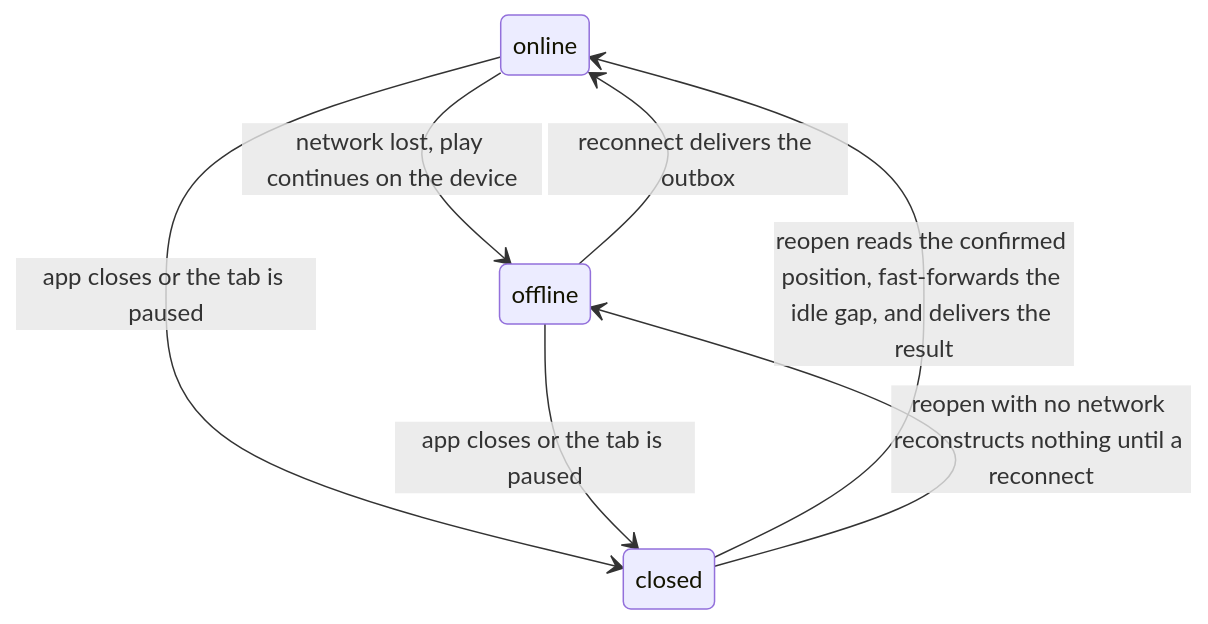
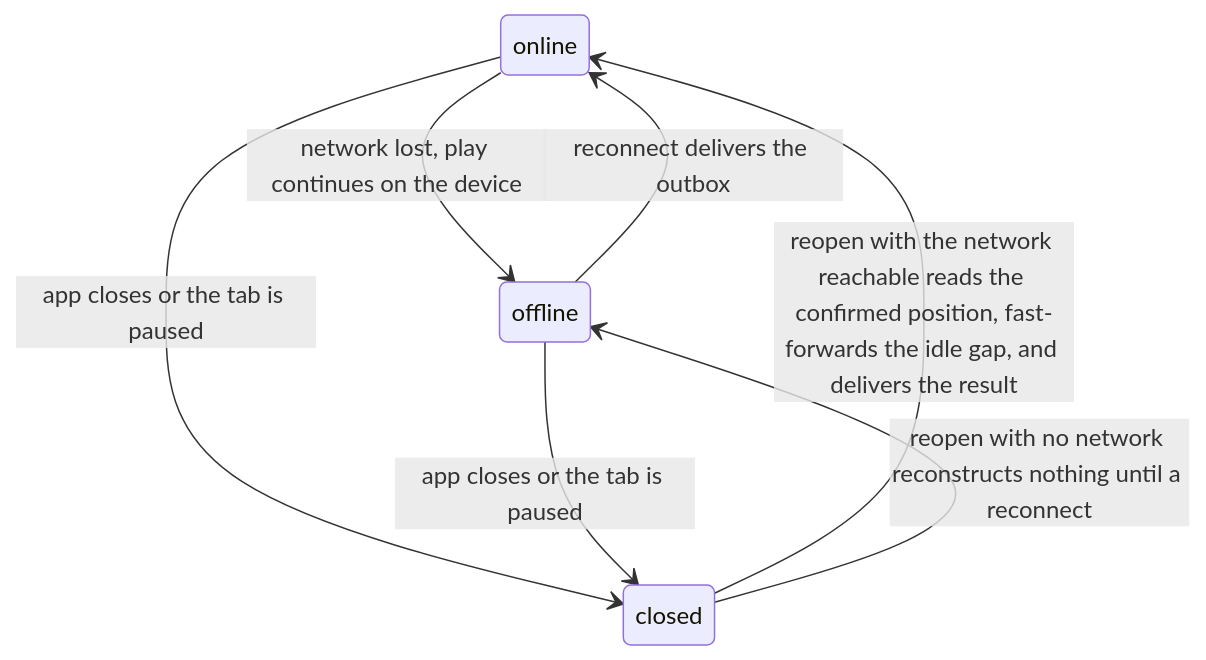
One commit to zgeoff/vers changed the diagram in docs/architecture/game/offline-reconcile.md. Above: the diagram before and after it, drawn with Mermaid. The commit also changed other lines of this file and 1 other file, not shown here.

Commit message:
docs(offline-reconcile): rewrite the sections cold reads got stuck in (#1475)

````diff
--- a/docs/architecture/game/offline-reconcile.md
+++ b/docs/architecture/game/offline-reconcile.md
@@ -11,9 +23,9 @@
 ```mermaid
 stateDiagram-v2
   online --> offline: network lost, play continues on the device
   offline --> online: reconnect delivers the outbox
   online --> closed: app closes or the tab is paused
   offline --> closed: app closes or the tab is paused
-  closed --> online: reopen reads the confirmed position, fast-forwards the idle gap, and delivers the result
+  closed --> online: reopen with the network reachable reads the confirmed position, fast-forwards the idle gap, and delivers the result
   closed --> offline: reopen with no network reconstructs nothing until a reconnect
 ```
````
